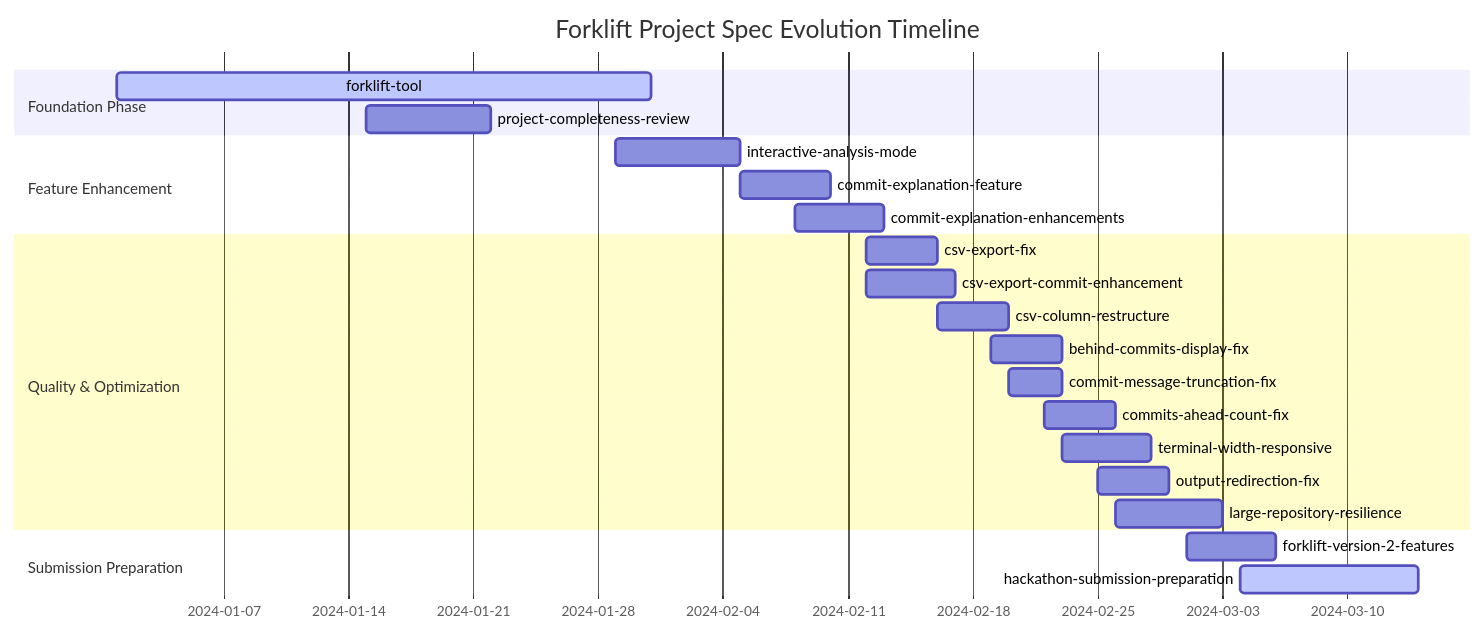
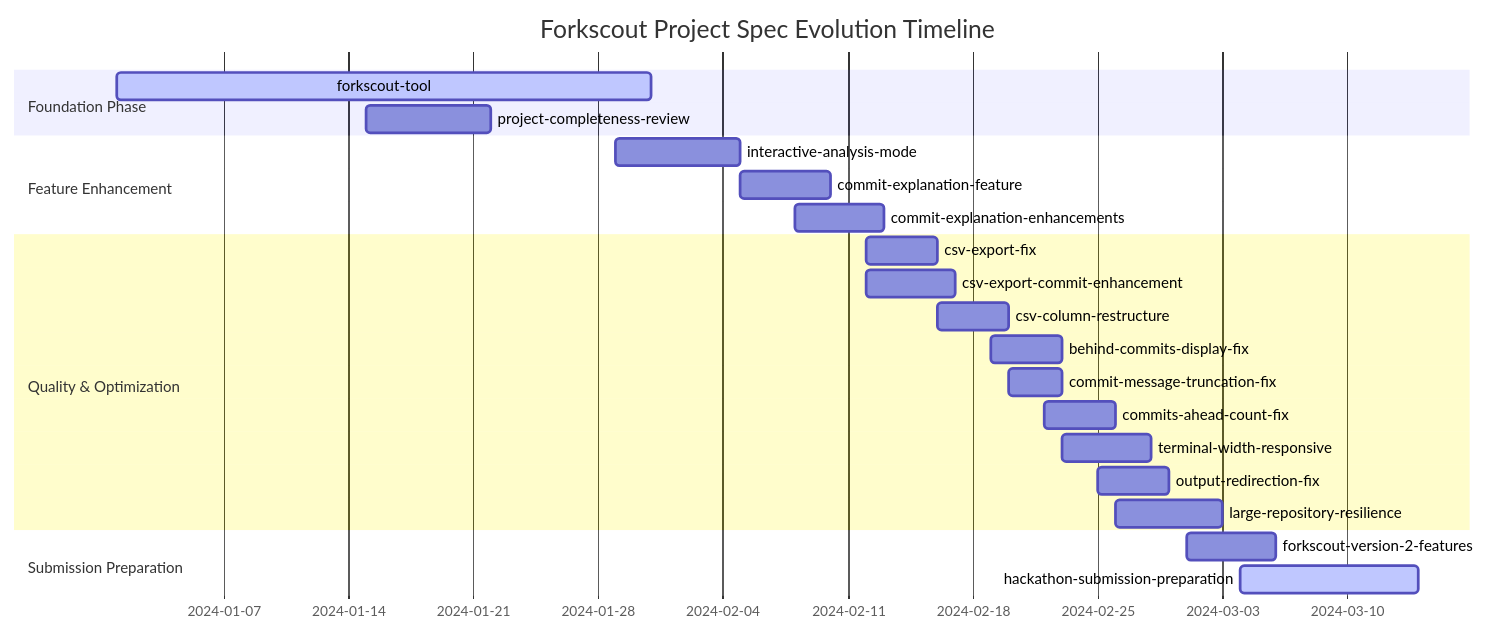
One commit to Romamo/forkscout changed the third of 5 diagrams in docs/SPEC_EVOLUTION_TIMELINE.md. Above: the diagram before and after it, drawn with Mermaid. The commit also changed other lines of this file and 350 other files, not shown here.

````diff
--- a/docs/SPEC_EVOLUTION_TIMELINE.md
+++ b/docs/SPEC_EVOLUTION_TIMELINE.md
@@ -457,28 +457,28 @@
 ```mermaid
 gantt
-    title Forklift Project Spec Evolution Timeline
+    title Forkscout Project Spec Evolution Timeline
     dateFormat  YYYY-MM-DD
     section Foundation Phase
-    forklift-tool                 :active, 2024-01-01, 30d
+    forkscout-tool                 :active, 2024-01-01, 30d
     project-completeness-review   :2024-01-15, 7d
     
     section Feature Enhancement
     interactive-analysis-mode     :2024-01-29, 7d
     commit-explanation-feature    :2024-02-05, 5d
     commit-explanation-enhancements :2024-02-08, 5d
     
     section Quality & Optimization
     csv-export-fix               :2024-02-12, 4d
     csv-export-commit-enhancement :2024-02-12, 5d
     csv-column-restructure       :2024-02-16, 4d
     behind-commits-display-fix   :2024-02-19, 4d
     commit-message-truncation-fix :2024-02-20, 3d
     commits-ahead-count-fix      :2024-02-22, 4d
     terminal-width-responsive    :2024-02-23, 5d
     output-redirection-fix       :2024-02-25, 4d
     large-repository-resilience  :2024-02-26, 6d
     
     section Submission Preparation
-    forklift-version-2-features  :2024-03-01, 5d
+    forkscout-version-2-features  :2024-03-01, 5d
     hackathon-submission-preparation :active, 2024-03-04, 10d
 ```
````
